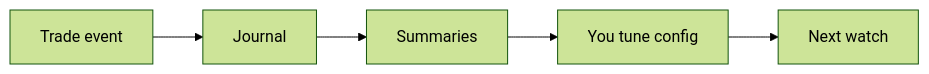
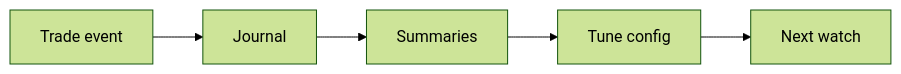
One commit to idekire-oss/holy-grail-automated-trading-docs changed the sixth of 6 diagrams in PROCESS_FLOW.md. Above: the diagram before and after it, drawn with Mermaid (forest theme). The commit also changed other lines of this file and 4 other files, not shown here.

````diff
--- a/PROCESS_FLOW.md
+++ b/PROCESS_FLOW.md
@@ -125,7 +125,7 @@
 ```mermaid
 flowchart LR
   TRADE[Trade event] --> JOURNAL[Journal]
   JOURNAL --> REPORT[Summaries]
-  REPORT --> TUNE[You tune config]
+  REPORT --> TUNE[Tune config]
   TUNE --> SCAN[Next watch]
 ```
````
